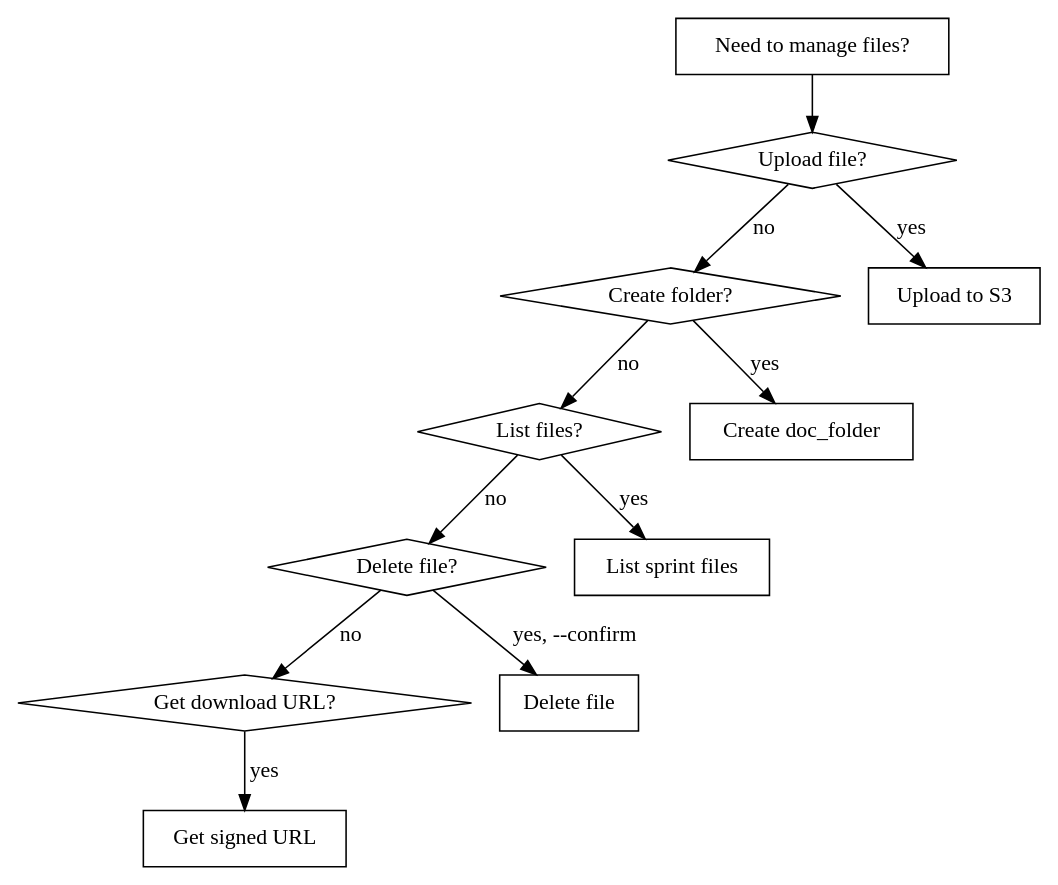
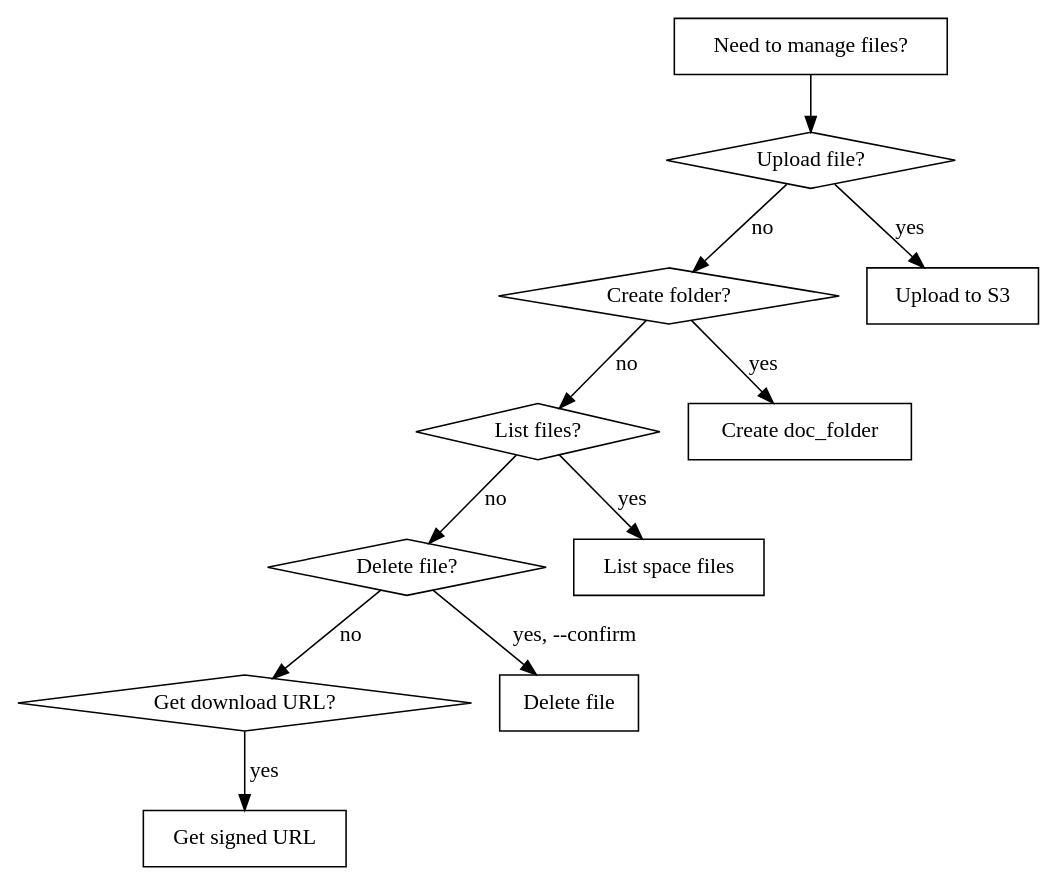
Before and after one commit to forloop-cc/forloop-agents-skills: the diagram in skills/file-management/SKILL.md, drawn with Graphviz. The commit also changed other lines of this file and 55 other files, not shown here.

````diff
--- a/skills/file-management/SKILL.md
+++ b/skills/file-management/SKILL.md
@@ -37,26 +37,26 @@
 ```dot
 digraph file_management {
     "Need to manage files?" [shape=box];
     "Upload file?" [shape=diamond];
     "Create folder?" [shape=diamond];
     "List files?" [shape=diamond];
     "Delete file?" [shape=diamond];
     "Get download URL?" [shape=diamond];
     "Upload to S3" [shape=box];
     "Create doc_folder" [shape=box];
-    "List sprint files" [shape=box];
+    "List space files" [shape=box];
     "Delete file" [shape=box];
     "Get signed URL" [shape=box];
 
     "Need to manage files?" -> "Upload file?";
     "Upload file?" -> "Upload to S3" [label="yes"];
     "Upload file?" -> "Create folder?" [label="no"];
     "Create folder?" -> "Create doc_folder" [label="yes"];
     "Create folder?" -> "List files?" [label="no"];
-    "List files?" -> "List sprint files" [label="yes"];
+    "List files?" -> "List space files" [label="yes"];
     "List files?" -> "Delete file?" [label="no"];
     "Delete file?" -> "Delete file" [label="yes, --confirm"];
     "Delete file?" -> "Get download URL?" [label="no"];
     "Get download URL?" -> "Get signed URL" [label="yes"];
 }
 ```
````
